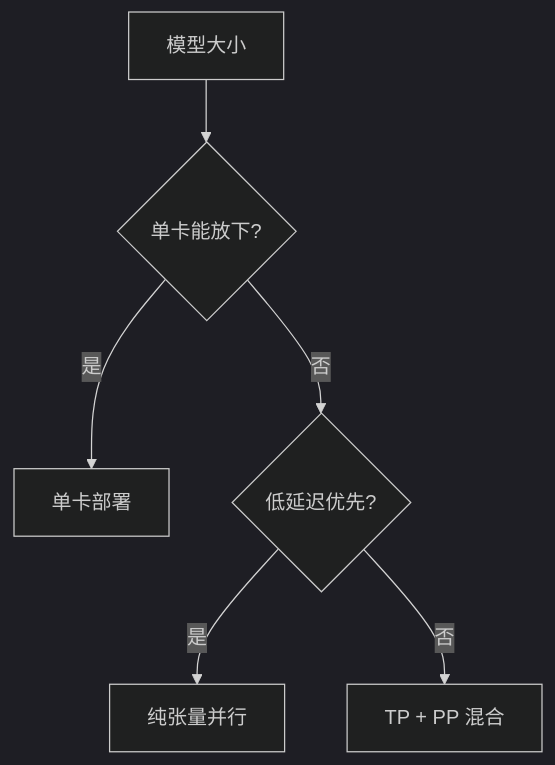
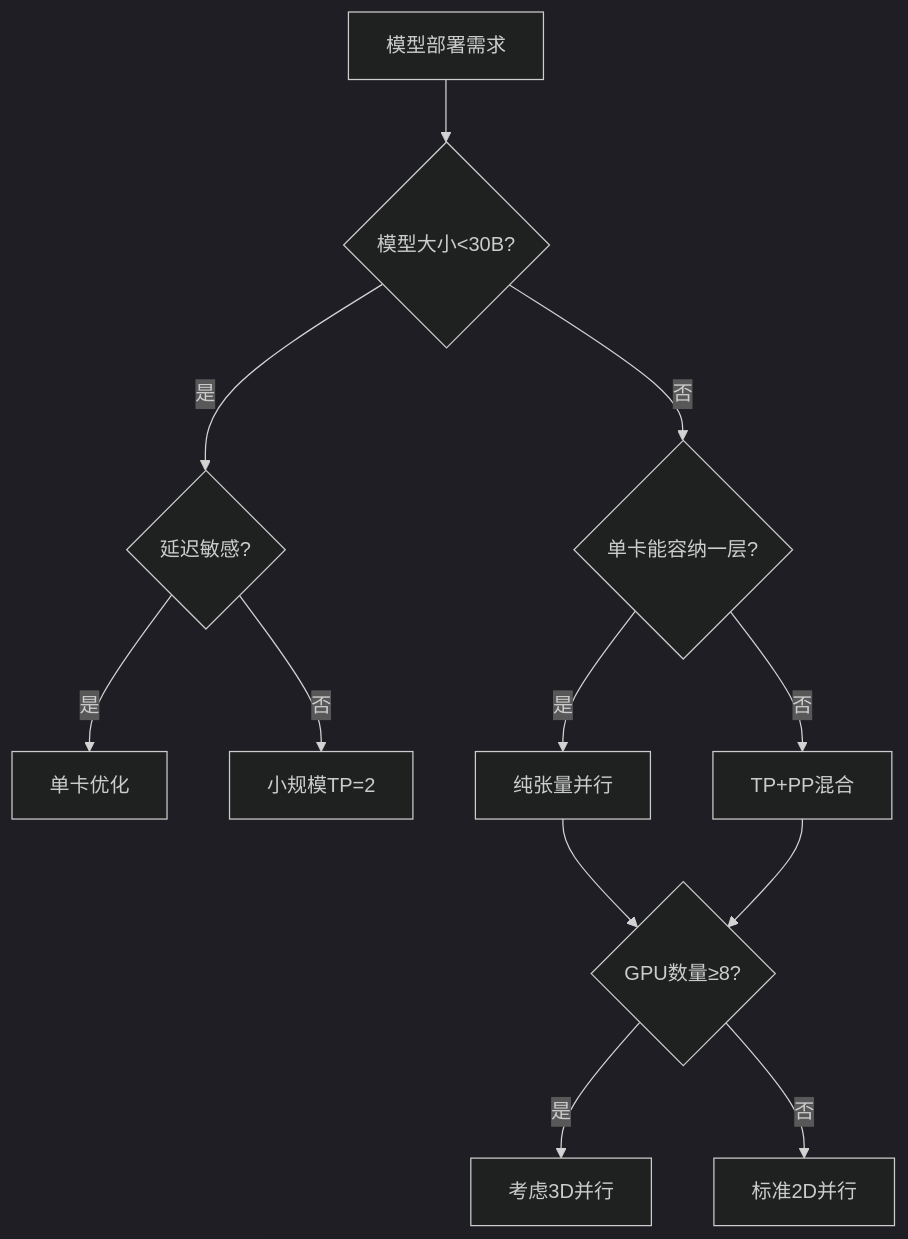
The fifth of 5 diagrams in learning/website/docs/basics/19-distributed-inference.md (Xunzhuo/mini-sglang), drawn with Mermaid (dark theme) before and after one commit. The commit also changed other lines of this file and 23 other files, not shown here.

````diff
--- a/learning/website/docs/basics/19-distributed-inference.md
+++ b/learning/website/docs/basics/19-distributed-inference.md
@@ -451,8 +491,18 @@
 ```mermaid
 graph TB
-    Start[模型大小] --> Q1{单卡能放下?}
-    Q1 -->|是| SingleGPU[单卡部署]
-    Q1 -->|否| Q2{低延迟优先?}
-    Q2 -->|是| TP[纯张量并行]
-    Q2 -->|否| TPPP[TP + PP 混合]
+    Start[模型部署需求] --> Q1{模型大小<30B?}
+    Q1 -->|是| Q2{延迟敏感?}
+    Q1 -->|否| Q3{单卡能容纳一层?}
+    
+    Q2 -->|是| SingleGPU[单卡优化]
+    Q2 -->|否| SmallTP[小规模TP=2]
+    
+    Q3 -->|是| TP[纯张量并行]
+    Q3 -->|否| TPPP[TP+PP混合]
+    
+    TP --> Q4{GPU数量≥8?}
+    TPPP --> Q4
+    
+    Q4 -->|是| Advanced3D[考虑3D并行]
+    Q4 -->|否| Standard2D[标准2D并行]
 ```
````
